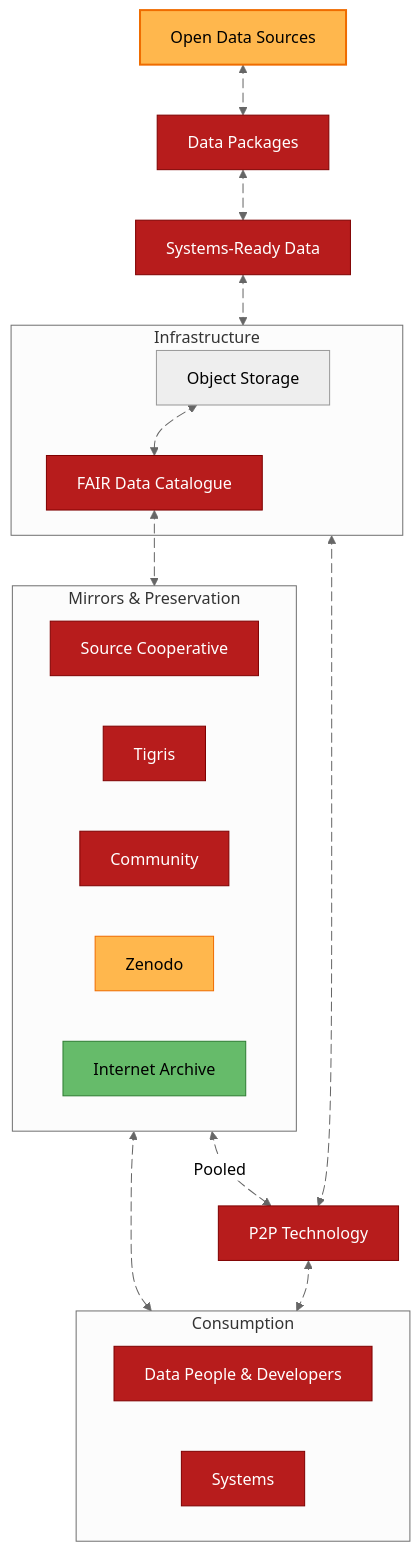
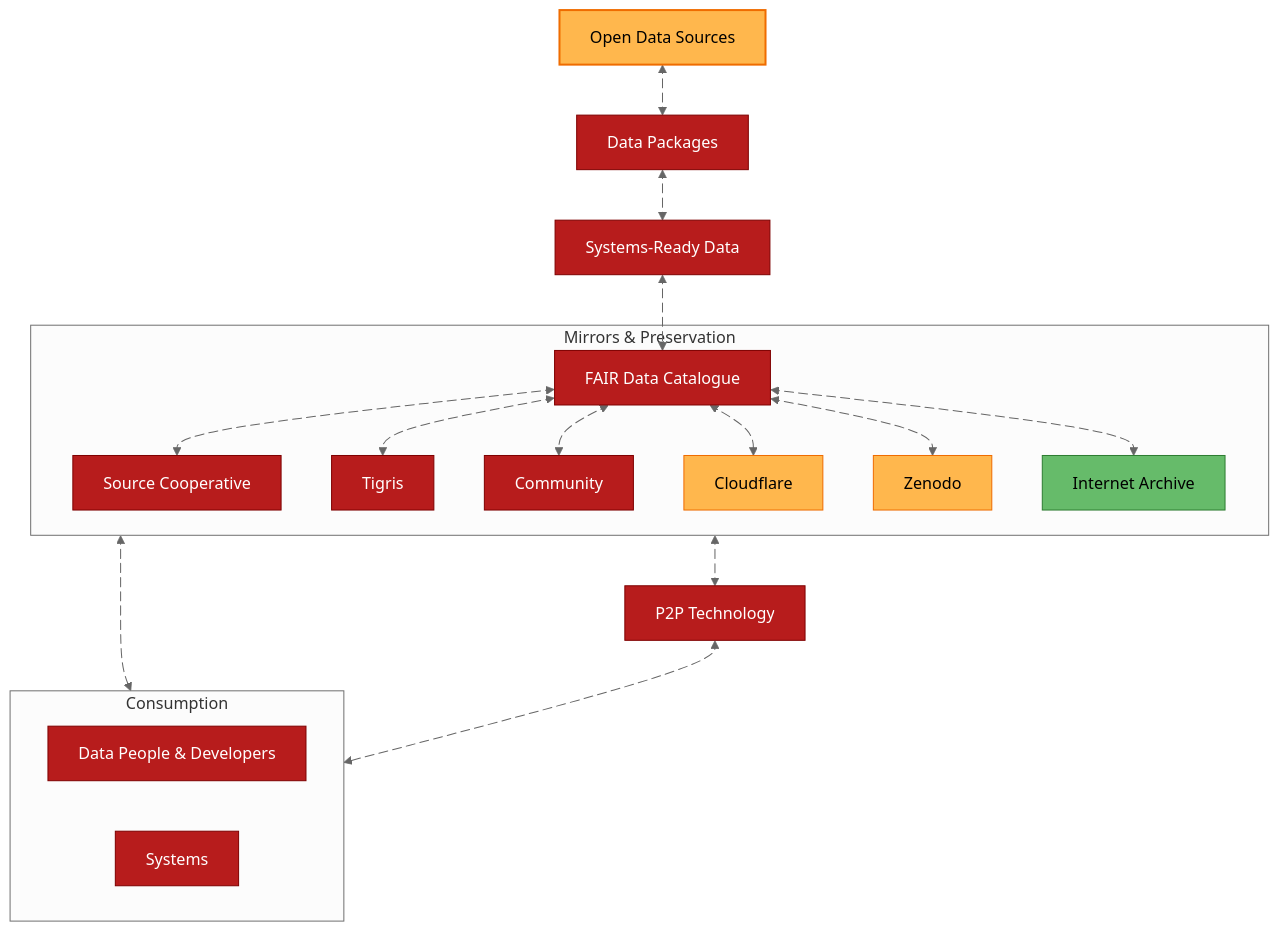
One commit to dataforcanada/d4c-infra-distribution changed the first of 2 diagrams in README.md. Above: the diagram before and after it, drawn with Mermaid (neutral theme). The commit also changed other lines of this file, not shown here.

Commit message:
Revise diagram connections and update Tigris link
Updated connections and styles in the diagram, added Cloudflare as a source, and modified links for Tigris.

```diff
--- a/README.md
+++ b/README.md
@@ -11,19 +11,15 @@
         SourceCoop[Source Cooperative]
         Tigris[Tigris]
         Community[Community]
+        Cloudflare
         Zenodo[Zenodo]
         InternetArchive[Internet Archive]
+        Metadata[FAIR Data Catalogue]
     end
 
     Sources[Open Data Sources]
     Processes[Data Packages]
     Artifacts[Systems-Ready Data]
-    
-    subgraph CoreInfra [Infrastructure]
-        Portal[Object Storage]
-        Metadata[FAIR Data Catalogue]
-    end
-    
     P2P["P2P Technology"]
     
     subgraph Consumers [Consumption]
@@ -38,23 +34,31 @@
     Processes a2@<--> Artifacts
     a2@{animate: true, animation: slow}
     
-    Artifacts a3@<--> CoreInfra
-    a3@{animate: true, animation: slow}
+    Artifacts a3@<--> Metadata
+    a3@{animate: true, animation: fast}
+
+    Metadata a20@<--> SourceCoop
+    a20@{animate: true, animation: slow}
+    Metadata a21@<--> Tigris
+    a21@{animate: true, animation: fast}
+    Metadata a22@<--> Community
+    a22@{animate: true, animation: fast}
+    Metadata a23@<--> Zenodo
+    a23@{animate: true, animation: slow}
+    Metadata a24@<--> Cloudflare
+    a24@{animate: true, animation: fast}
+    Metadata a25@<--> InternetArchive
+    a25@{animate: true, animation: slow}
     
-    Portal a4@<--> Metadata
-    a4@{animate: true, animation: fast}
-    
-    Metadata a5@<--> mirrors
-    a5@{animate: true, animation: fast}
-
-    CoreInfra a8@<-.->P2P
-    a8@{animate: true, animation: slow}
-
     %% Mirror Connections
     mirrors a12@<--> Consumers
     a12@{animate: true, animation: slow}
     
-    mirrors a9@<-.->|Pooled| P2P
+
+    %% Hint, the FAIR Data Catalogue can also be decentralized 🤯
+    %%Metadata a30@<--> P2P
+    %%a30@{animate: true, animation: fast}
+    mirrors a9@<--> P2P
     a9@{animate: true, animation: fast}
 
     %% P2P Connections
@@ -70,6 +74,7 @@
     class Processes Processes
     style SourceCoop fill:#B71C1C,stroke:#7F0000,color:#FFFFFF
     style Tigris fill:#B71C1C,stroke:#7F0000,color:#FFFFFF
+    style Cloudflare fill:#FFB74D,stroke:#EF6C00,color:#000000
     style Zenodo fill:#FFB74D,stroke:#EF6C00,color:#000000
     style Community fill:#B71C1C,stroke:#7F0000,color:#FFFFFF
     style P2P fill:#B71C1C,stroke:#7F0000,color:#FFFFFF
@@ -79,7 +84,7 @@
     
     %% Click Actions
 	click P2P "https://tixati.com/specs/bittorrent" _blank
-    click Tigris "https://www.tigrisdata.com/docs/overview/" _blank
+    click Tigris "https://d4c-pkgs.t3.storage.dev/" _blank
     click Sources "https://www.dataforcanada.org/#high-level-overview" _blank
     click Processes "https://www.dataforcanada.org/docs/d4c-pkgs/" _blank
     click Metadata "https://stac-utils.github.io/stac-geoparquet/latest/spec/stac-geoparquet-spec/" _blank
```
